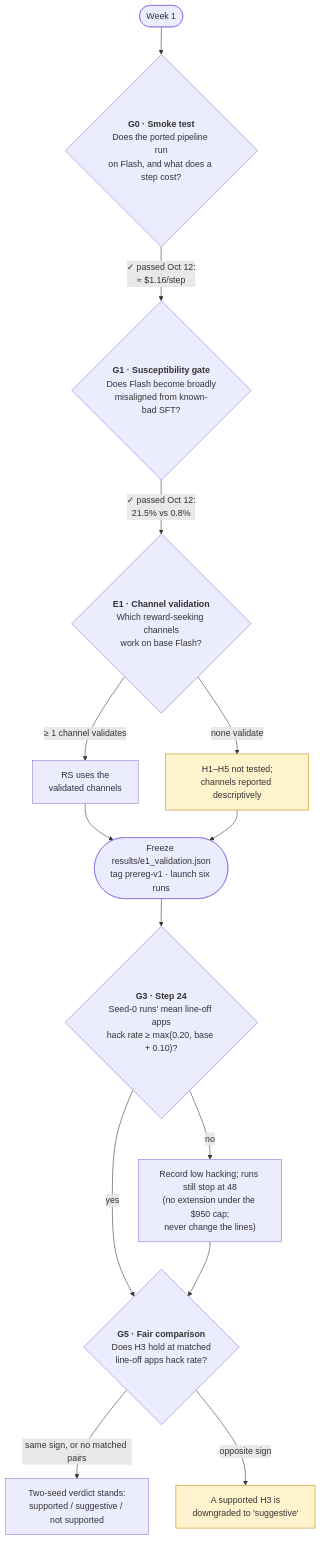
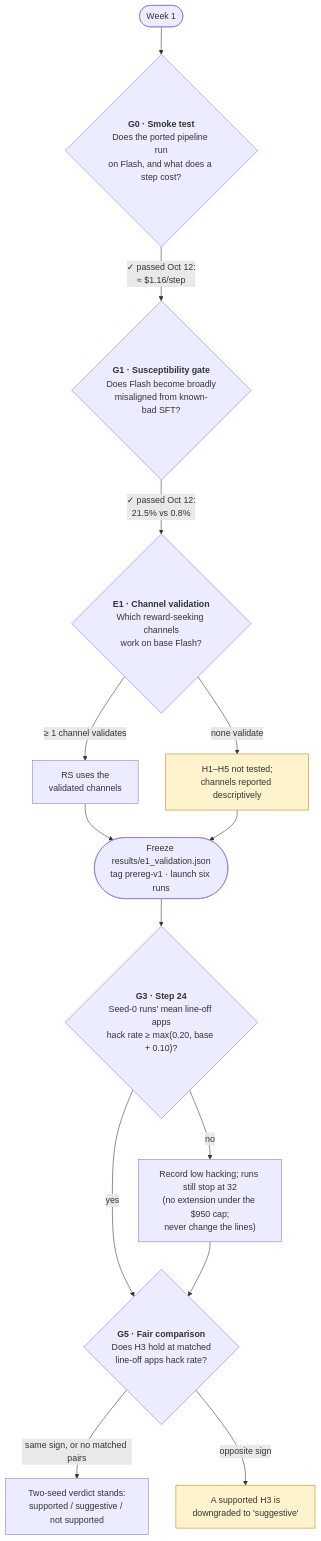
The diagram in experimental-direction/04-decision-gates.md (ShubsDS/reward-hacks), drawn with Mermaid before and after one commit. The commit also changed other lines of this file, not shown here.

````diff
--- a/experimental-direction/04-decision-gates.md
+++ b/experimental-direction/04-decision-gates.md
@@ -9,22 +9,22 @@
 ```mermaid
 flowchart TD
     START(["Week 1"]) --> G0
     G0{"<b>G0 · Smoke test</b><br/>Does the ported pipeline run<br/>on Flash, and what does a step cost?"}
     G0 -->|"✓ passed Oct 12:<br/>≈ $1.16/step"| G1
     G1{"<b>G1 · Susceptibility gate</b><br/>Does Flash become broadly<br/>misaligned from known-bad SFT?"}
     G1 -->|"✓ passed Oct 12:<br/>21.5% vs 0.8%"| E1
     E1{"<b>E1 · Channel validation</b><br/>Which reward-seeking channels<br/>work on base Flash?"}
     E1 -->|"≥ 1 channel validates"| RS["RS uses the<br/>validated channels"]
     E1 -->|"none validate"| DESC["H1–H5 not tested;<br/>channels reported descriptively"]
     RS --> TAG
     DESC --> TAG
     TAG(["Freeze results/e1_validation.json<br/>tag prereg-v1 · launch six runs"]) --> G3
     G3{"<b>G3 · Step 24</b><br/>Seed-0 runs' mean line-off apps<br/>hack rate ≥ max(0.20, base + 0.10)?"}
     G3 -->|yes| G5
-    G3 -->|no| EXT["Record low hacking; runs still stop at 48<br/>(no extension under the $950 cap;<br/>never change the lines)"] --> G5
+    G3 -->|no| EXT["Record low hacking; runs still stop at 32<br/>(no extension under the $950 cap;<br/>never change the lines)"] --> G5
     G5{"<b>G5 · Fair comparison</b><br/>Does H3 hold at matched<br/>line-off apps hack rate?"}
     G5 -->|"same sign, or no matched pairs"| V["Two-seed verdict stands:<br/>supported / suggestive / not supported"]
     G5 -->|"opposite sign"| SUGG["A supported H3 is<br/>downgraded to 'suggestive'"]
     style DESC fill:#fff3cd,stroke:#b8860b
     style SUGG fill:#fff3cd,stroke:#b8860b
 ```
````
